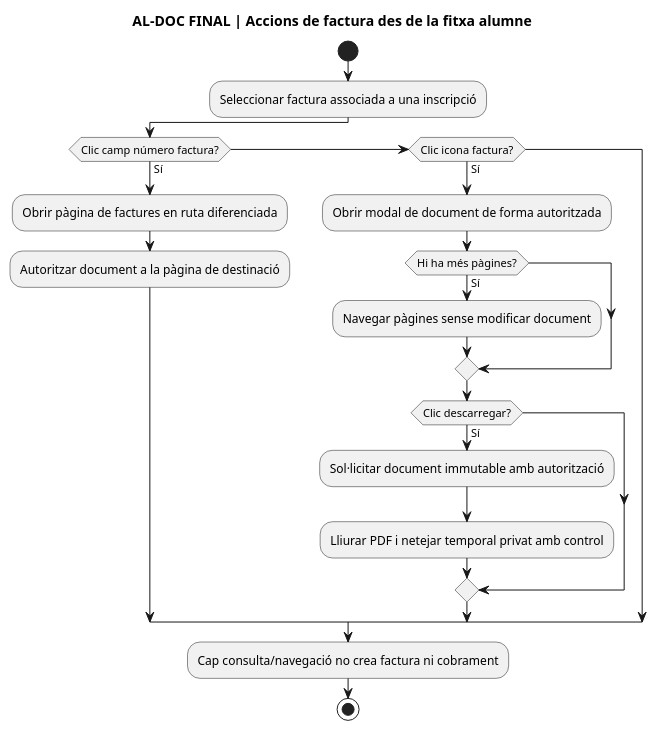
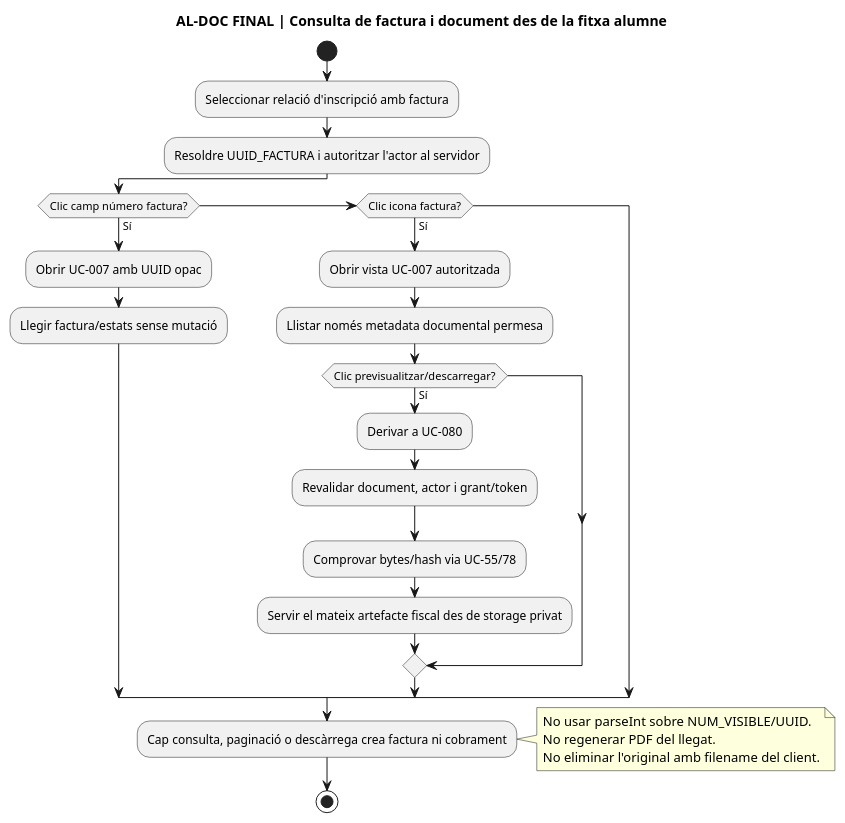
Before and after one commit to orgmeriemprismacat-del/verifactu: the seventh of 7 diagrams in documentacio/07-uml-integrat/01-tancament-documental-pantalla-alumnes-consulta-modifica-2026-09-23.md, drawn with PlantUML. The commit also changed other lines of this file, not shown here.

Commit message:
docs(uc-007): corregir AL-17 AL-18 i frontera documental

````diff
--- a/documentacio/07-uml-integrat/01-tancament-documental-pantalla-alumnes-consulta-modifica-2026-09-23.md
+++ b/documentacio/07-uml-integrat/01-tancament-documental-pantalla-alumnes-consulta-modifica-2026-09-23.md
@@ -196,22 +196,28 @@
-```plantuml
+~~~plantuml
 @startuml
-title AL-DOC FINAL | Accions de factura des de la fitxa alumne
+title AL-DOC FINAL | Consulta de factura i document des de la fitxa alumne
 start
-:Seleccionar factura associada a una inscripció;
+:Seleccionar relació d'inscripció amb factura;
+:Resoldre UUID_FACTURA i autoritzar l'actor al servidor;
 if (Clic camp número factura?) then (Sí)
-  :Obrir pàgina de factures en ruta diferenciada;
-  :Autoritzar document a la pàgina de destinació;
+  :Obrir UC-007 amb UUID opac;
+  :Llegir factura/estats sense mutació;
 elseif (Clic icona factura?) then (Sí)
-  :Obrir modal de document de forma autoritzada;
-  if (Hi ha més pàgines?) then (Sí)
-    :Navegar pàgines sense modificar document;
-  endif
-  if (Clic descarregar?) then (Sí)
-    :Sol·licitar document immutable amb autorització;
-    :Lliurar PDF i netejar temporal privat amb control;
+  :Obrir vista UC-007 autoritzada;
+  :Llistar només metadata documental permesa;
+  if (Clic previsualitzar/descarregar?) then (Sí)
+    :Derivar a UC-080;
+    :Revalidar document, actor i grant/token;
+    :Comprovar bytes/hash via UC-55/78;
+    :Servir el mateix artefacte fiscal des de storage privat;
   endif
 endif
-:Cap consulta/navegació no crea factura ni cobrament;
+:Cap consulta, paginació o descàrrega crea factura ni cobrament;
+note right
+  No usar parseInt sobre NUM_VISIBLE/UUID.
+  No regenerar PDF del llegat.
+  No eliminar l'original amb filename del client.
+end note
 stop
 @enduml
-```
+~~~
````
